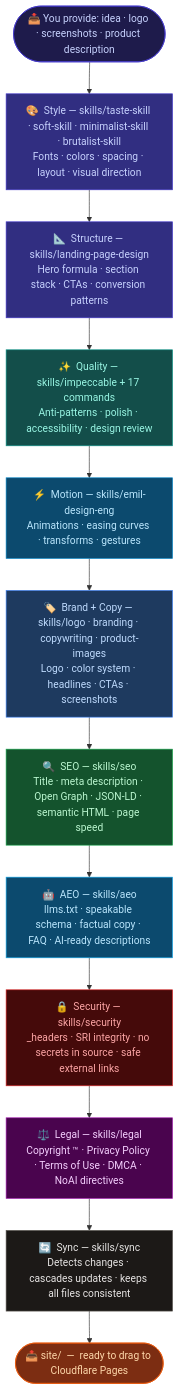
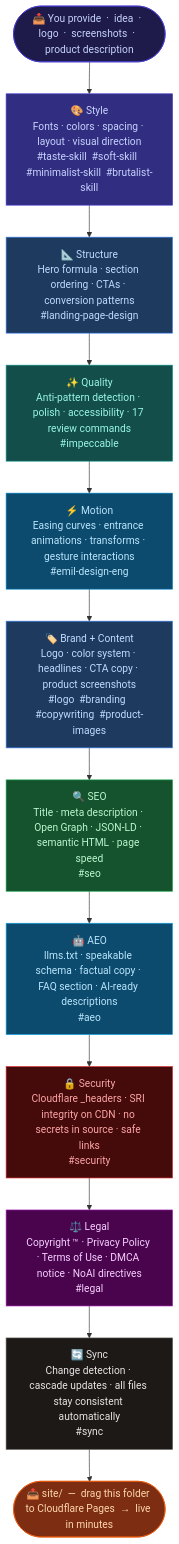
Before and after one commit to AnanyaBanerjee/front-end-tech: the second of 2 diagrams in README.md, drawn with Mermaid.

Commit message:
Improve layer diagram — skill names as #tags on third line
Each node now has 3 lines:
  Line 1: emoji + layer name (what it is)
  Line 2: what it produces (description)
  Line 3: #skill-name tags (which skill files drive it)

````diff
--- a/README.md
+++ b/README.md
@@ -51,32 +51,32 @@
 ```mermaid
 flowchart TD
-    START(["📥 You provide: idea · logo · screenshots · product description"])
+    START(["📥 You provide  ·  idea  ·  logo  ·  screenshots  ·  product description"])
 
-    L1["🎨  Style — skills/taste-skill · soft-skill · minimalist-skill · brutalist-skill\nFonts · colors · spacing · layout · visual direction"]
-    L2["📐  Structure — skills/landing-page-design\nHero formula · section stack · CTAs · conversion patterns"]
-    L3["✨  Quality — skills/impeccable + 17 commands\nAnti-patterns · polish · accessibility · design review"]
-    L4["⚡  Motion — skills/emil-design-eng\nAnimations · easing curves · transforms · gestures"]
-    L5["🏷️  Brand + Copy — skills/logo · branding · copywriting · product-images\nLogo · color system · headlines · CTAs · screenshots"]
-    L6["🔍  SEO — skills/seo\nTitle · meta description · Open Graph · JSON-LD · semantic HTML · page speed"]
-    L7["🤖  AEO — skills/aeo\nllms.txt · speakable schema · factual copy · FAQ · AI-ready descriptions"]
-    L8["🔒  Security — skills/security\n_headers · SRI integrity · no secrets in source · safe external links"]
-    L9["⚖️  Legal — skills/legal\nCopyright ™ · Privacy Policy · Terms of Use · DMCA · NoAI directives"]
-    L10["🔄  Sync — skills/sync\nDetects changes · cascades updates · keeps all files consistent"]
+    L1["🎨 Style\nFonts · colors · spacing · layout · visual direction\n#taste-skill  #soft-skill  #minimalist-skill  #brutalist-skill"]
+    L2["📐 Structure\nHero formula · section ordering · CTAs · conversion patterns\n#landing-page-design"]
+    L3["✨ Quality\nAnti-pattern detection · polish · accessibility · 17 review commands\n#impeccable"]
+    L4["⚡ Motion\nEasing curves · entrance animations · transforms · gesture interactions\n#emil-design-eng"]
+    L5["🏷️ Brand + Content\nLogo · color system · headlines · CTA copy · product screenshots\n#logo  #branding  #copywriting  #product-images"]
+    L6["🔍 SEO\nTitle · meta description · Open Graph · JSON-LD · semantic HTML · page speed\n#seo"]
+    L7["🤖 AEO\nllms.txt · speakable schema · factual copy · FAQ section · AI-ready descriptions\n#aeo"]
+    L8["🔒 Security\nCloudflare _headers · SRI integrity on CDN · no secrets in source · safe links\n#security"]
+    L9["⚖️ Legal\nCopyright ™ · Privacy Policy · Terms of Use · DMCA notice · NoAI directives\n#legal"]
+    L10["🔄 Sync\nChange detection · cascade updates · all files stay consistent automatically\n#sync"]
 
-    END(["📤 site/  —  ready to drag to Cloudflare Pages"])
+    END(["📤 site/  —  drag this folder to Cloudflare Pages  →  live in minutes"])
 
     START --> L1 --> L2 --> L3 --> L4 --> L5 --> L6 --> L7 --> L8 --> L9 --> L10 --> END
 
     style START fill:#1e1b4b,color:#c7d2fe,stroke:#4338ca
-    style L1 fill:#312e81,color:#c7d2fe,stroke:#4338ca
-    style L2 fill:#312e81,color:#c7d2fe,stroke:#4338ca
-    style L3 fill:#134e4a,color:#99f6e4,stroke:#0d9488
-    style L4 fill:#0c4a6e,color:#bae6fd,stroke:#0284c7
-    style L5 fill:#1e3a5f,color:#bfdbfe,stroke:#3b82f6
-    style L6 fill:#14532d,color:#bbf7d0,stroke:#16a34a
-    style L7 fill:#0c4a6e,color:#bae6fd,stroke:#0ea5e9
-    style L8 fill:#450a0a,color:#fca5a5,stroke:#dc2626
-    style L9 fill:#4a044e,color:#f5d0fe,stroke:#a21caf
+    style L1  fill:#312e81,color:#c7d2fe,stroke:#4338ca
+    style L2  fill:#1e3a5f,color:#bfdbfe,stroke:#3b82f6
+    style L3  fill:#134e4a,color:#99f6e4,stroke:#0d9488
+    style L4  fill:#0c4a6e,color:#bae6fd,stroke:#0284c7
+    style L5  fill:#1e3a5f,color:#bfdbfe,stroke:#3b82f6
+    style L6  fill:#14532d,color:#bbf7d0,stroke:#16a34a
+    style L7  fill:#0c4a6e,color:#bae6fd,stroke:#0ea5e9
+    style L8  fill:#450a0a,color:#fca5a5,stroke:#dc2626
+    style L9  fill:#4a044e,color:#f5d0fe,stroke:#a21caf
     style L10 fill:#1c1917,color:#e7e5e4,stroke:#57534e
     style END fill:#7c2d12,color:#fed7aa,stroke:#ea580c
 ```
````
